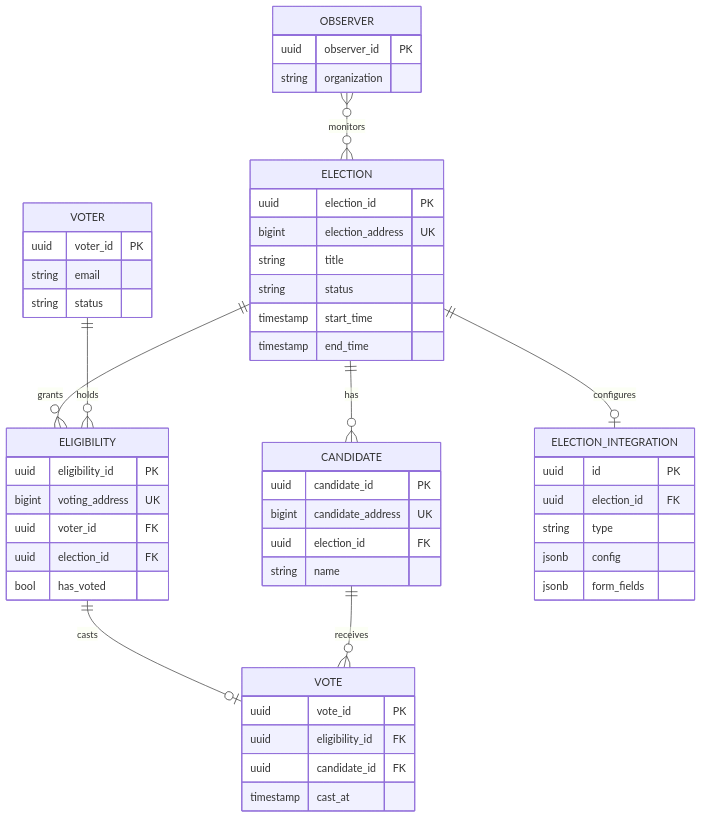
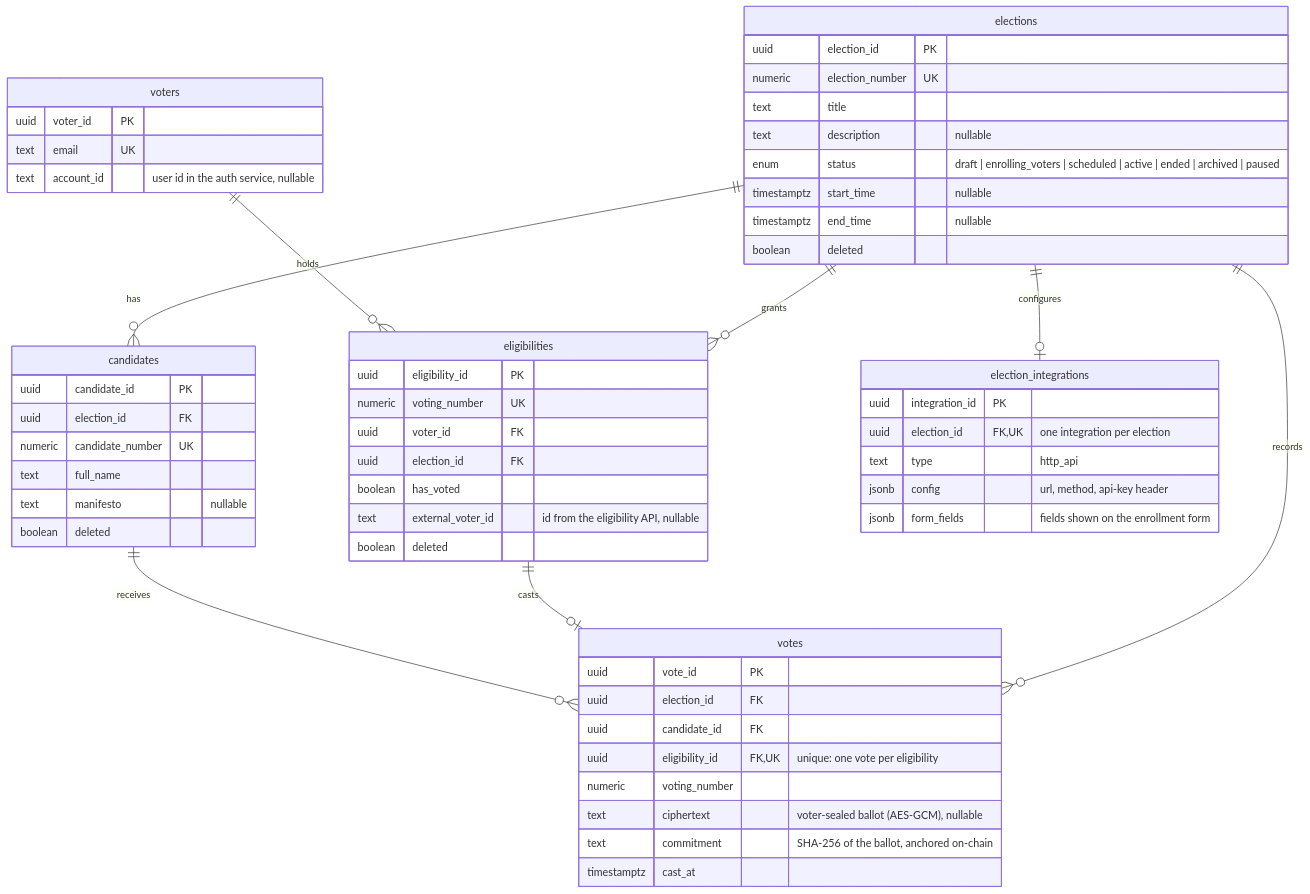
The first of 2 diagrams in docs/erd.md (irumvanselme/ToraChain), drawn with Mermaid before and after one commit. The commit also changed other lines of this file and 19 other files, not shown here.

````diff
--- a/docs/erd.md
+++ b/docs/erd.md
@@ -13,54 +21,60 @@
 ```mermaid
 erDiagram
-    ELECTION ||--o{ CANDIDATE : has
-    ELECTION ||--o{ ELIGIBILITY : grants
-    ELECTION ||--o| ELECTION_INTEGRATION : configures
-    VOTER ||--o{ ELIGIBILITY : holds
-    ELIGIBILITY ||--o| VOTE : casts
-    CANDIDATE ||--o{ VOTE : receives
-    OBSERVER }o--o{ ELECTION : monitors
+    elections ||--o{ candidates : has
+    elections ||--o{ eligibilities : grants
+    elections ||--o| election_integrations : configures
+    elections ||--o{ votes : records
+    voters ||--o{ eligibilities : holds
+    eligibilities ||--o| votes : casts
+    candidates ||--o{ votes : receives
 
-    ELECTION {
+    elections {
         uuid election_id PK
-        bigint election_address UK
-        string title
-        string status
-        timestamp start_time
-        timestamp end_time
+        numeric election_number UK
+        text title
+        text description "nullable"
+        enum status "draft | enrolling_voters | scheduled | active | ended | archived | paused"
+        timestamptz start_time "nullable"
+        timestamptz end_time "nullable"
+        boolean deleted
     }
-    CANDIDATE {
+    candidates {
         uuid candidate_id PK
-        bigint candidate_address UK
         uuid election_id FK
-        string name
+        numeric candidate_number UK
+        text full_name
+        text manifesto "nullable"
+        boolean deleted
     }
-    VOTER {
+    voters {
         uuid voter_id PK
-        string email
-        string status
+        text email UK
+        text account_id "user id in the auth service, nullable"
     }
-    ELIGIBILITY {
+    eligibilities {
         uuid eligibility_id PK
-        bigint voting_address UK
+        numeric voting_number UK
         uuid voter_id FK
         uuid election_id FK
-        bool has_voted
+        boolean has_voted
+        text external_voter_id "id from the eligibility API, nullable"
+        boolean deleted
     }
-    VOTE {
+    votes {
         uuid vote_id PK
-        uuid eligibility_id FK
+        uuid election_id FK
         uuid candidate_id FK
-        timestamp cast_at
+        uuid eligibility_id FK, UK "unique: one vote per eligibility"
+        numeric voting_number
+        text ciphertext "voter-sealed ballot (AES-GCM), nullable"
+        text commitment "SHA-256 of the ballot, anchored on-chain"
+        timestamptz cast_at
     }
-    ELECTION_INTEGRATION {
-        uuid id PK
-        uuid election_id FK
-        string type
-        jsonb config
-        jsonb form_fields
-    }
-    OBSERVER {
-        uuid observer_id PK
-        string organization
+    election_integrations {
+        uuid integration_id PK
+        uuid election_id FK, UK "one integration per election"
+        text type "http_api"
+        jsonb config "url, method, api-key header"
+        jsonb form_fields "fields shown on the enrollment form"
     }
 ```
````
